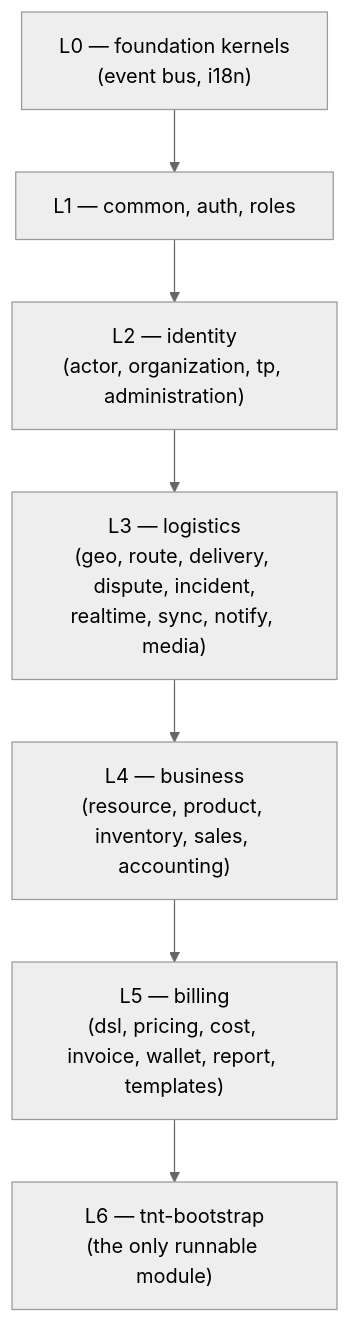
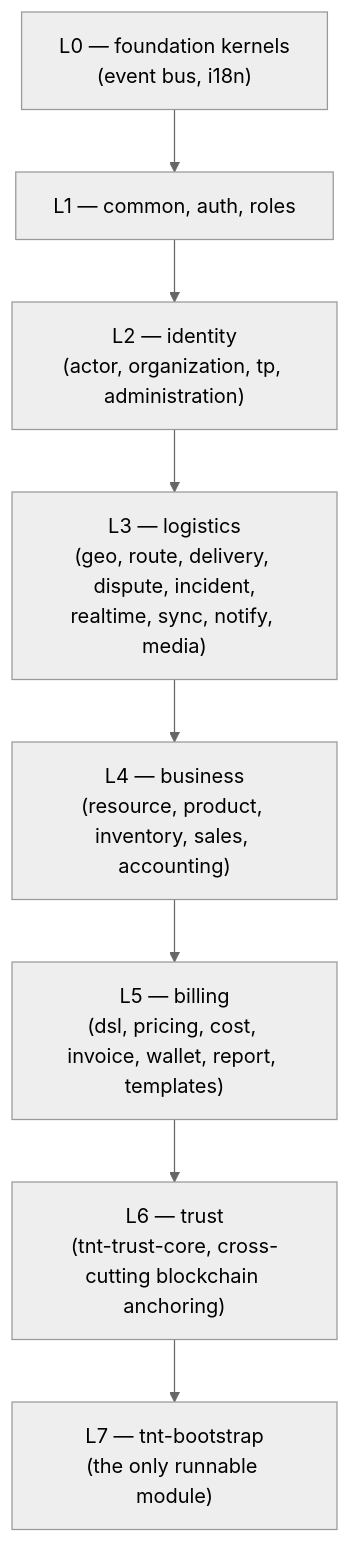
One commit to yowyob/tiibntick-core changed the first of 2 diagrams in docs/architecture/overview.md. Above: the diagram before and after it, drawn with Mermaid (neutral theme). The commit also changed other lines of this file and 239 other files, not shown here.

````diff
--- a/docs/architecture/overview.md
+++ b/docs/architecture/overview.md
@@ -15,9 +15,10 @@
 ```mermaid
 flowchart TB
     L0["L0 — foundation kernels<br/>(event bus, i18n)"] --> L1["L1 — common, auth, roles"]
     L1 --> L2["L2 — identity<br/>(actor, organization, tp, administration)"]
     L2 --> L3["L3 — logistics<br/>(geo, route, delivery, dispute, incident,<br/>realtime, sync, notify, media)"]
     L3 --> L4["L4 — business<br/>(resource, product, inventory, sales, accounting)"]
     L4 --> L5["L5 — billing<br/>(dsl, pricing, cost, invoice, wallet, report, templates)"]
-    L5 --> L6["L6 — tnt-bootstrap<br/>(the only runnable module)"]
+    L5 --> L6["L6 — trust<br/>(tnt-trust-core, cross-cutting blockchain anchoring)"]
+    L6 --> L7["L7 — tnt-bootstrap<br/>(the only runnable module)"]
 ```
````
